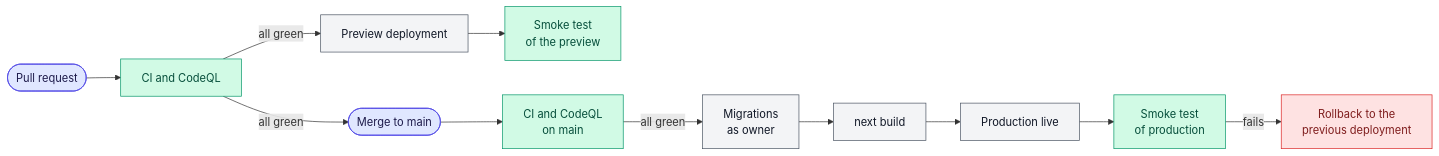
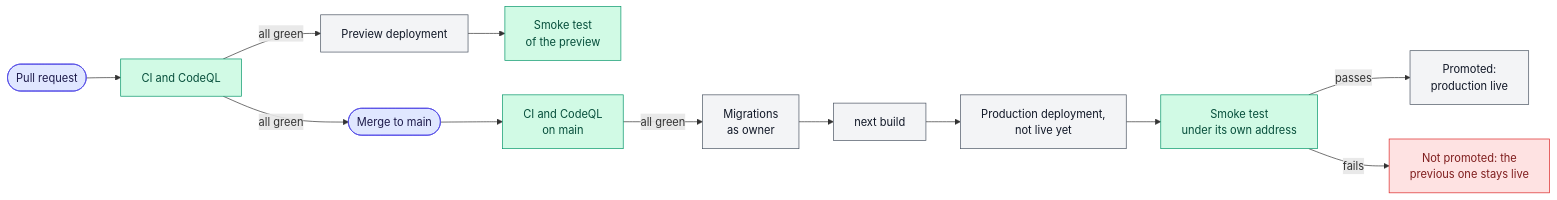
Before and after one commit to tomdevtech/ExoFinder: the first of 12 diagrams in docs/DEPLOYMENT.md, drawn with Mermaid. The commit also changed other lines of this file and 6 other files, not shown here.

First line of the commit message:
Put a production deployment live only after its smoke test has passed

````diff
--- a/docs/DEPLOYMENT.md
+++ b/docs/DEPLOYMENT.md
@@ -22,15 +22,16 @@
 ```mermaid
 flowchart LR
     PR([Pull request]):::change --> CI[CI and CodeQL]:::check
     CI -->|all green| Prev[Preview deployment]:::vercel --> SP[Smoke test<br>of the preview]:::check
     CI -->|all green| Merge([Merge to main]):::change
     Merge --> CIMain[CI and CodeQL<br>on main]:::check
-    CIMain -->|all green| Mig[Migrations<br>as owner]:::vercel --> Build[next build]:::vercel --> Live[Production live]:::vercel
-    Live --> SProd[Smoke test<br>of production]:::check
-    SProd -->|fails| RB[Rollback to the<br>previous deployment]:::alarm
+    CIMain -->|all green| Mig[Migrations<br>as owner]:::vercel --> Build[next build]:::vercel --> Staged[Production deployment,<br>not live yet]:::vercel
+    Staged --> SProd[Smoke test<br>under its own address]:::check
+    SProd -->|passes| Live[Promoted:<br>production live]:::vercel
+    SProd -->|fails| Held[Not promoted: the<br>previous one stays live]:::alarm
 
     classDef change fill:#e0e7ff,stroke:#4f46e5,color:#1e1b4b
     classDef check fill:#d1fae5,stroke:#059669,color:#064e3b
     classDef vercel fill:#f3f4f6,stroke:#4b5563,color:#111827
     classDef alarm fill:#fee2e2,stroke:#dc2626,color:#7f1d1d
 ```
````
